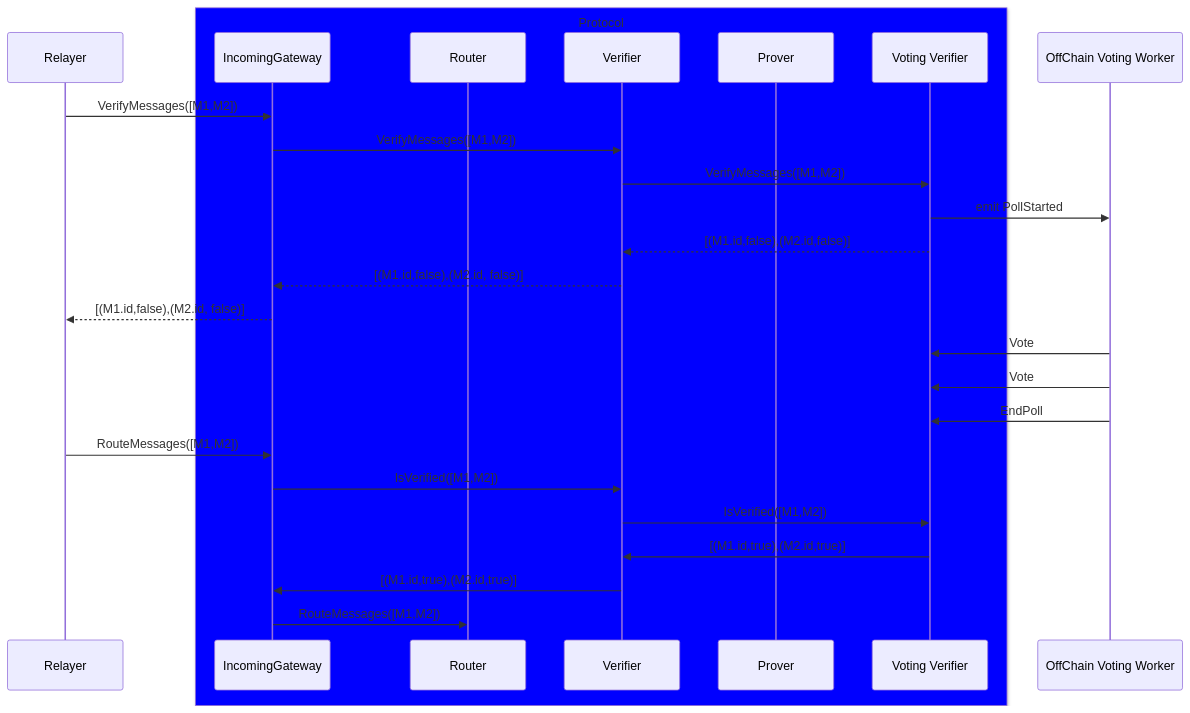
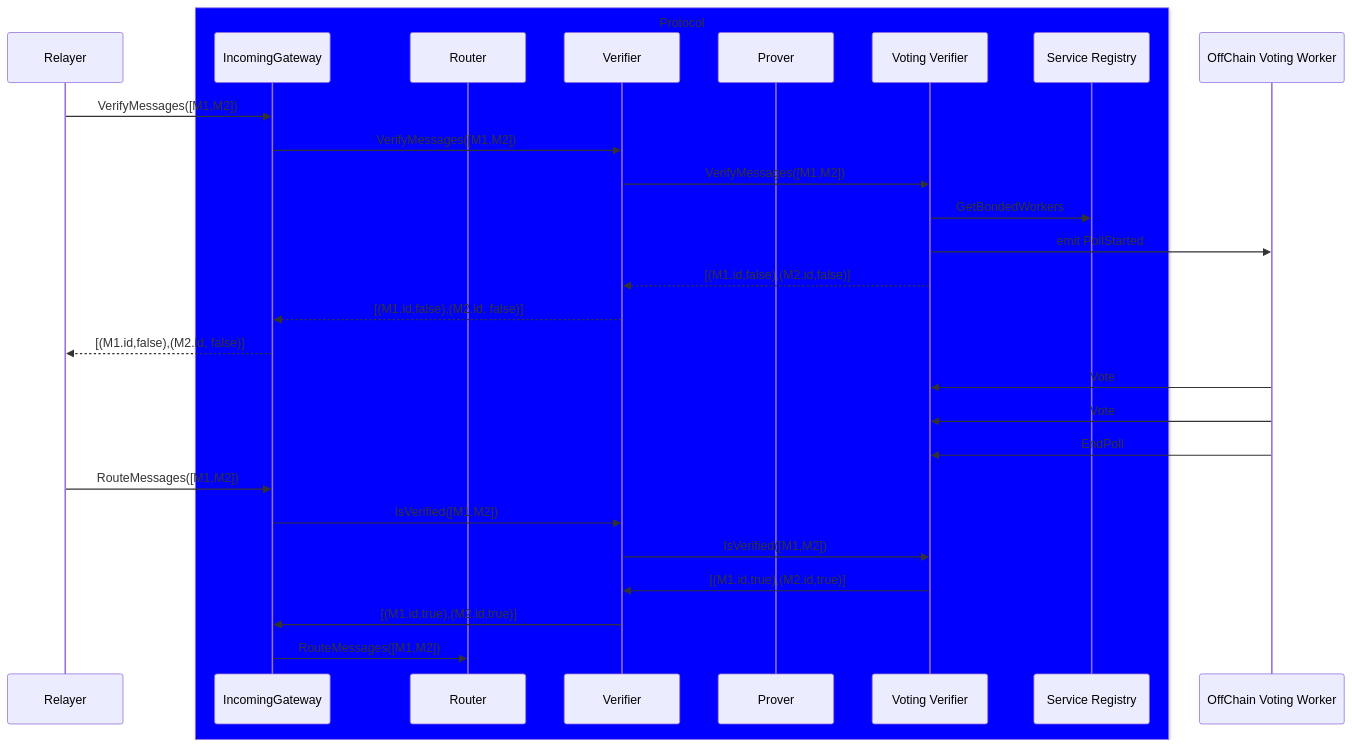
Before and after one commit to axelarnetwork/axelar-amplifier: the third of 4 diagrams in README.md, drawn with Mermaid. The commit also changed other lines of this file, not shown here.

Commit message:
add service registry

````diff
--- a/README.md
+++ b/README.md
@@ -60,32 +64,34 @@
 ```mermaid
 sequenceDiagram
     participant Relayer
     box Blue Protocol
     participant IncomingGateway
     participant Router
     participant Verifier
     participant Prover
     participant Voting Verifier
+    participant Service Registry
     end
     participant OffChain Voting Worker
     Relayer->>IncomingGateway: VerifyMessages([M1,M2])
     IncomingGateway->>Verifier: VerifyMessages([M1,M2])
     Verifier->>Voting Verifier: VerifyMessages([M1,M2])
+    Voting Verifier->>Service Registry: GetBondedWorkers
     Voting Verifier->>OffChain Voting Worker: emit PollStarted
     Voting Verifier-->>Verifier: [(M1.id,false),(M2.id,false)]
     Verifier-->>IncomingGateway: [(M1.id,false),(M2.id, false)]
     IncomingGateway-->>Relayer: [(M1.id,false),(M2.id, false)]
     OffChain Voting Worker->>Voting Verifier: Vote
     OffChain Voting Worker->>Voting Verifier: Vote
     OffChain Voting Worker->>Voting Verifier: EndPoll
 
 
 
     Relayer->>IncomingGateway: RouteMessages([M1,M2])
     IncomingGateway->>Verifier: IsVerified([M1,M2])
     Verifier->>Voting Verifier: IsVerified([M1,M2])
     Voting Verifier->>Verifier: [(M1.id,true),(M2.id,true)]
     Verifier->>IncomingGateway: [(M1.id,true),(M2.id,true)]
     IncomingGateway->>Router: RouteMessages([M1,M2])
 
 ```
````
